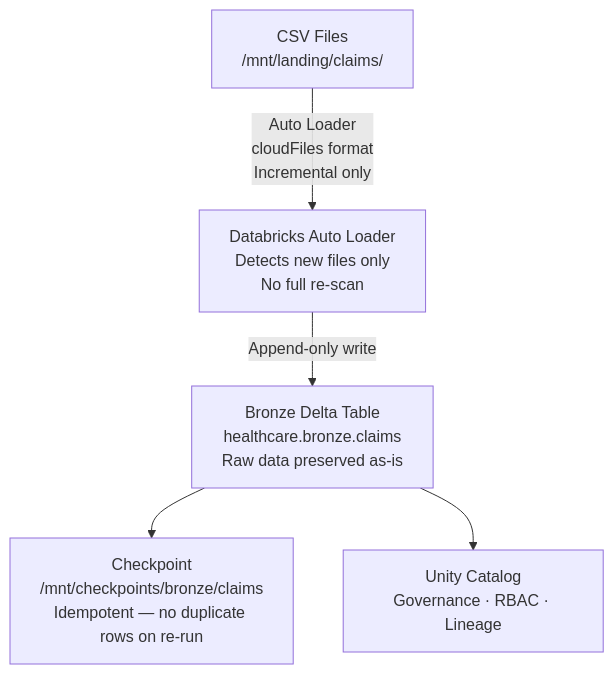
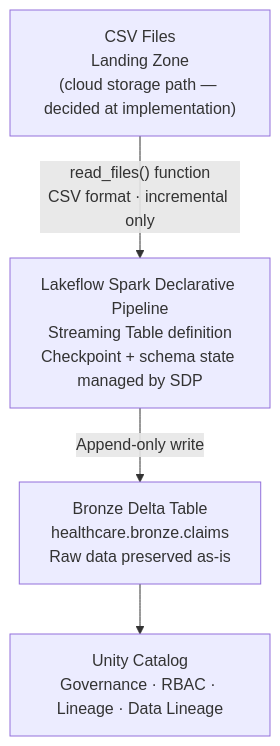
The third of 3 diagrams in WEEK1_PRODUCT_DOCUMENT.md (KrishKoria/HomeProjectAbacus), drawn with Mermaid before and after one commit. The commit also changed other lines of this file and 1 other file, not shown here.

````diff
--- a/WEEK1_PRODUCT_DOCUMENT.md
+++ b/WEEK1_PRODUCT_DOCUMENT.md
@@ -100,7 +100,6 @@
 ```mermaid
 flowchart TD
-    CSV["CSV Files\n/mnt/landing/claims/"] -->|"Auto Loader\ncloudFiles format\nIncremental only"| AL["Databricks Auto Loader\nDetects new files only\nNo full re-scan"]
-    AL -->|"Append-only write"| BT["Bronze Delta Table\nhealthcare.bronze.claims\nRaw data preserved as-is"]
-    BT --> CP["Checkpoint\n/mnt/checkpoints/bronze/claims\nIdempotent — no duplicate rows on re-run"]
-    BT --> UC["Unity Catalog\nGovernance · RBAC · Lineage"]
+    CSV["CSV Files\nLanding Zone\n(cloud storage path — decided at implementation)"] -->|"read_files() function\nCSV format · incremental only"| SDP["Lakeflow Spark Declarative Pipeline\nStreaming Table definition\nCheckpoint + schema state managed by SDP"]
+    SDP -->|"Append-only write"| BT["Bronze Delta Table\nhealthcare.bronze.claims\nRaw data preserved as-is"]
+    BT --> UC["Unity Catalog\nGovernance · RBAC · Lineage · Data Lineage"]
 ```
````
